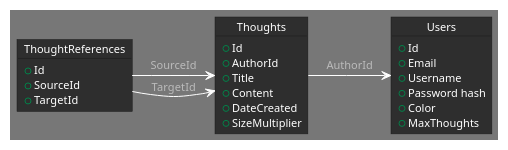
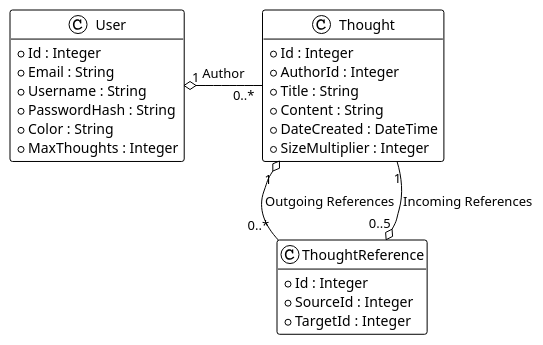
The diagram in uml_diagrams/database_schema.plantuml (0rbit3r/afantazie_bachelors_thesis), drawn with PlantUML before and after one commit. The commit also changed 31 other files, not shown here.

```diff
--- a/uml_diagrams/database_schema.plantuml
+++ b/uml_diagrams/database_schema.plantuml
@@ -1,32 +1,33 @@
 @startuml
-!theme reddress-darkblue
+!theme plain
 hide empty members
 
-object Users {
-+ Id
-+ Email
-+ Username
-+ Password hash
-+ Color
-+ MaxThoughts
+class User {
++ Id : Integer
++ Email : String
++ Username : String
++ PasswordHash : String
++ Color : String
++ MaxThoughts : Integer
 }
 
-object Thoughts {
-+ Id
-+ AuthorId
-+ Title
-+ Content
-+ DateCreated
-+ SizeMultiplier
+class Thought {
++ Id : Integer
++ AuthorId : Integer
++ Title : String
++ Content : String
++ DateCreated : DateTime
++ SizeMultiplier : Integer
 }
 
-object ThoughtReferences {
-+ Id
-+ SourceId
-+ TargetId
+class ThoughtReference {
++ Id : Integer
++ SourceId : Integer
++ TargetId : Integer
 }
 
-Thoughts -> Users : "AuthorId"
-ThoughtReferences -> Thoughts : "SourceId"
-ThoughtReferences -> Thoughts : "TargetId"
+User "1" o- "0..*" Thought : "Author"
+
+Thought "1" o-- "0..*" ThoughtReference : "Outgoing References"
+Thought "1" --o "0..5" ThoughtReference : "Incoming References"
 @enduml
```
